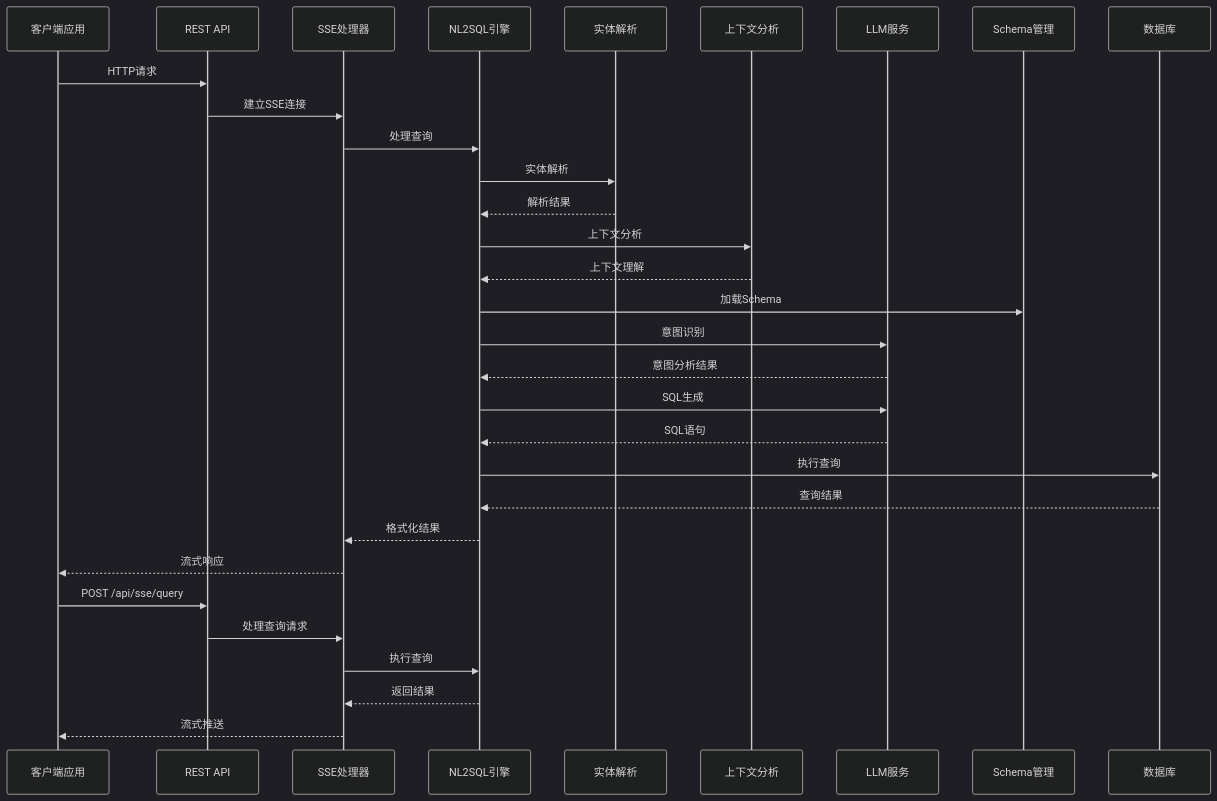
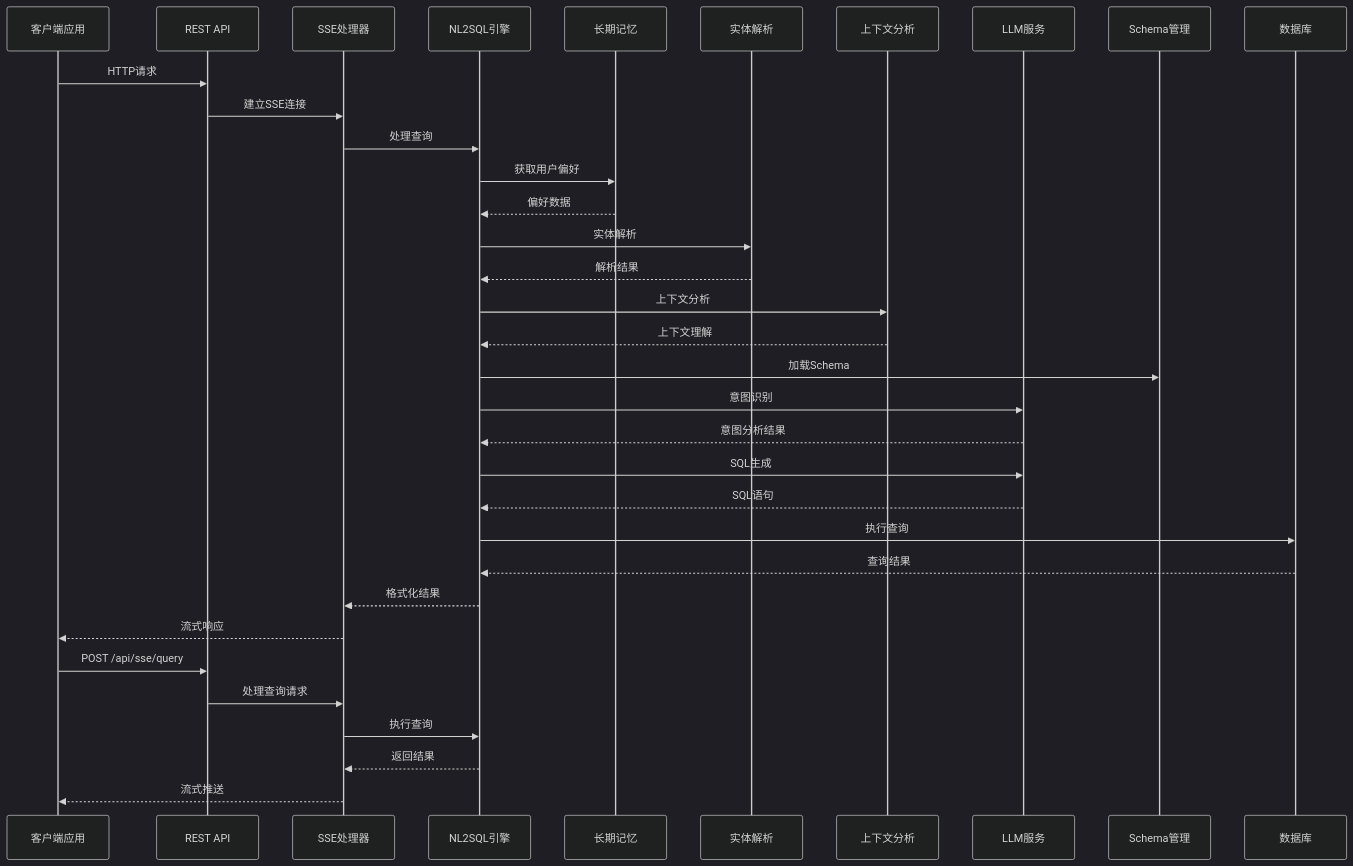
Before and after one commit to HanHuiOnLine/724-office: the second of 12 diagrams in .qoder/repowiki/zh/content/API参考/NL2SQL API参考.md, drawn with Mermaid (dark theme). The commit also changed other lines of this file and 14 other files, not shown here.

Commit message:
优化意图识别

````diff
--- a/.qoder/repowiki/zh/content/API参考/NL2SQL API参考.md
+++ b/.qoder/repowiki/zh/content/API参考/NL2SQL API参考.md
@@ -161,33 +187,36 @@
 ```mermaid
 sequenceDiagram
 participant Client as 客户端应用
 participant API as REST API
 participant SSE as SSE处理器
 participant Engine as NL2SQL引擎
+participant Memory as 长期记忆
 participant Entity as 实体解析
 participant Context as 上下文分析
 participant LLM as LLM服务
 participant Schema as Schema管理
 participant DB as 数据库
 Client->>API : HTTP请求
 API->>SSE : 建立SSE连接
 SSE->>Engine : 处理查询
+Engine->>Memory : 获取用户偏好
+Memory-->>Engine : 偏好数据
 Engine->>Entity : 实体解析
 Entity-->>Engine : 解析结果
 Engine->>Context : 上下文分析
 Context-->>Engine : 上下文理解
 Engine->>Schema : 加载Schema
 Engine->>LLM : 意图识别
 LLM-->>Engine : 意图分析结果
 Engine->>LLM : SQL生成
 LLM-->>Engine : SQL语句
 Engine->>DB : 执行查询
 DB-->>Engine : 查询结果
 Engine-->>SSE : 格式化结果
 SSE-->>Client : 流式响应
 Client->>API : POST /api/sse/query
 API->>SSE : 处理查询请求
 SSE->>Engine : 执行查询
 Engine-->>SSE : 返回结果
 SSE-->>Client : 流式推送
 ```
````
